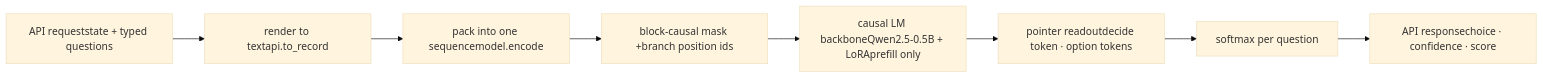
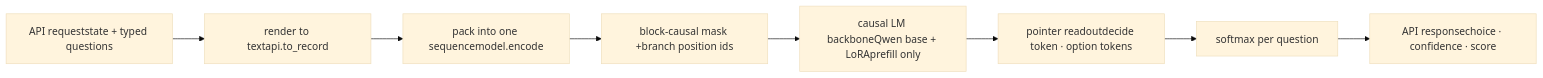
Before and after one commit to ekegukeku64-blip/blog: the first of 2 diagrams in src/content/projects/jaredpalmer--kev.md, drawn with Mermaid (base theme). The commit also changed other lines of this file and 13 other files, not shown here.

````diff
--- a/src/content/projects/jaredpalmer--kev.md
+++ b/src/content/projects/jaredpalmer--kev.md
@@ -174,10 +188,10 @@
 ```mermaid
 flowchart LR
     A[API requeststate + typed questions] --> B[render to textapi.to_record]
     B --> C[pack into one sequencemodel.encode]
     C --> D[block-causal mask +branch position ids]
-    D --> E[causal LM backboneQwen2.5-0.5B + LoRAprefill only]
+    D --> E[causal LM backboneQwen base + LoRAprefill only]
     E --> F[pointer readoutdecide token · option tokens]
     F --> G[softmax per question]
     G --> H[API responsechoice · confidence · score]
 ```
````
